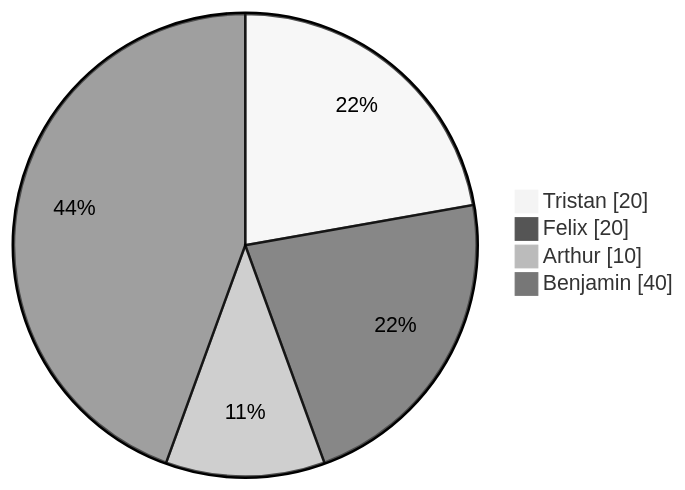
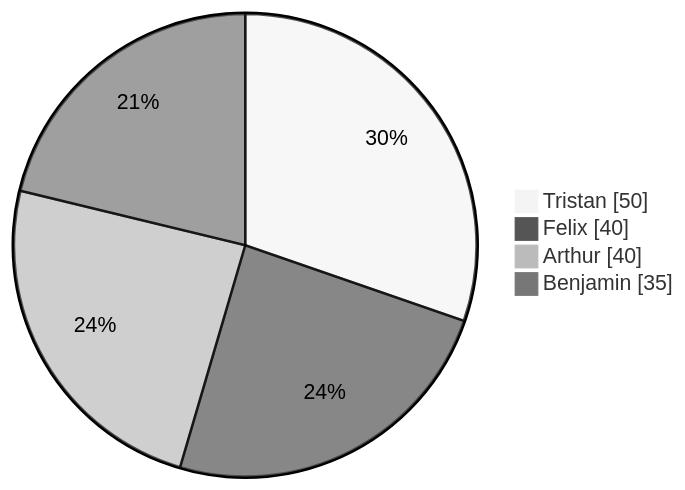
Before and after one commit to ECE-Lyon/projet-2022-2023-ECE-world-X: the diagram in Marp-INFO/presentation.md, drawn with Mermaid.

Commit message:
MARPPPPPP

```diff
--- a/Marp-INFO/presentation.md
+++ b/Marp-INFO/presentation.md
@@ -183,8 +183,8 @@
 <div class="mermaid">
 %%{init: {'theme':'neutral'}}%%
 pie showData
-    "Tristan" : 20
-    "Felix" : 20
-    "Arthur" : 10
-    "Benjamin" : 40
+    "Tristan" : 50
+    "Felix" : 40
+    "Arthur" : 40
+    "Benjamin" : 35
 </div>
```
